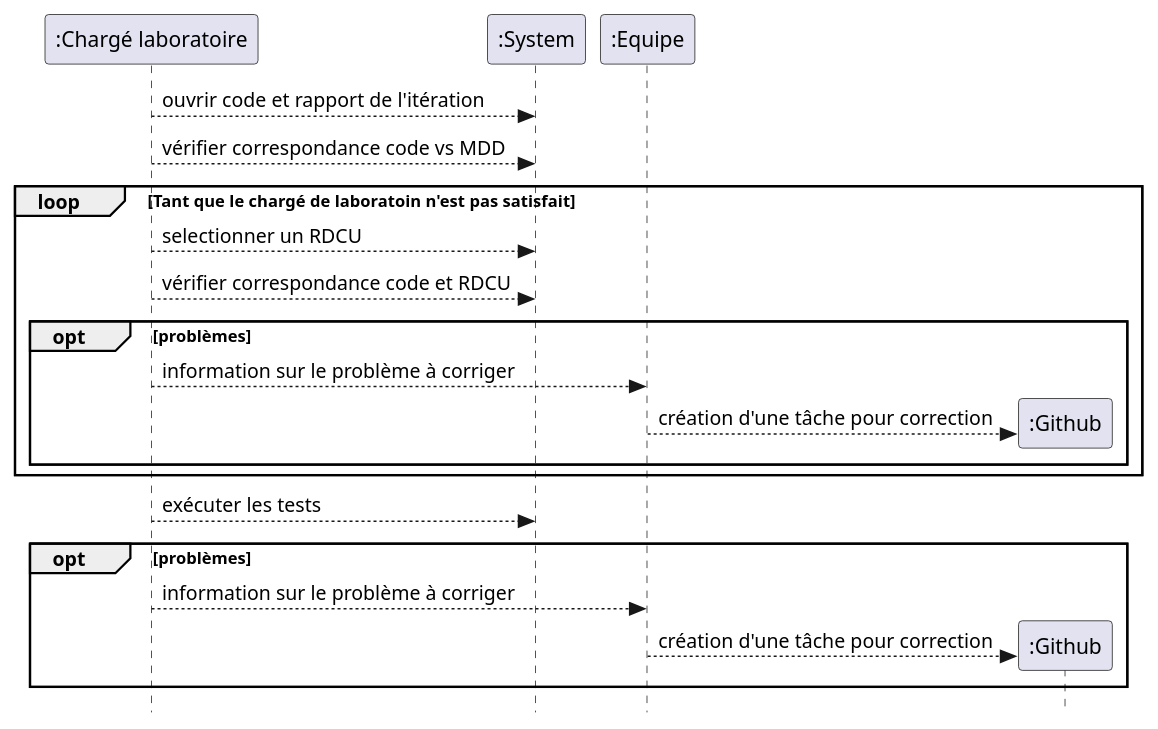
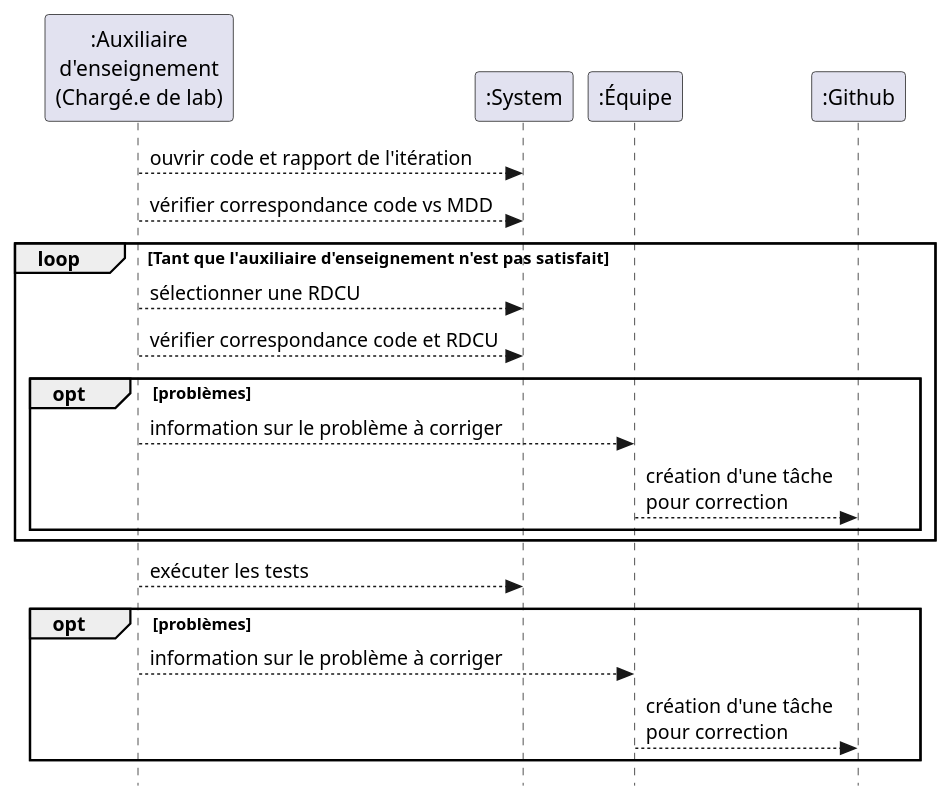
The second of 2 diagrams in README.puml (profcfuhrmanets/log210-jeu-de-des-node-express-ts), drawn with PlantUML before and after one commit. The commit also changed other lines of this file and 2 other files, not shown here.

```diff
--- a/README.puml
+++ b/README.puml
@@ -19,25 +19,25 @@
 @startuml dss-evaluation-implementation
 skinparam style strictuml
-participant ":Chargé laboratoire" as C
+participant ":Auxiliaire\nd'enseignement\n(Chargé.e de lab)" as C
 participant ":System" as S
-participant ":Equipe" as E
+participant ":Équipe" as E
 participant ":Github" as G
 
 C --> S: ouvrir code et rapport de l'itération
 C --> S: vérifier correspondance code vs MDD
-Loop Tant que le chargé de laboratoin n'est pas satisfait
-    C --> S: selectionner un RDCU
+loop Tant que l'auxiliaire d'enseignement n'est pas satisfait
+    C --> S: sélectionner une RDCU
     C --> S: vérifier correspondance code et RDCU
     opt problèmes
         C --> E : information sur le problème à corriger
-        E --> G**: création d'une tâche pour correction
+        E --> G: création d'une tâche\npour correction
     end
 end
 
 C -->S: exécuter les tests
 opt problèmes
     C --> E : information sur le problème à corriger
-    E --> G**: création d'une tâche pour correction
+    E --> G: création d'une tâche\npour correction
 end
 
 @enduml
```
